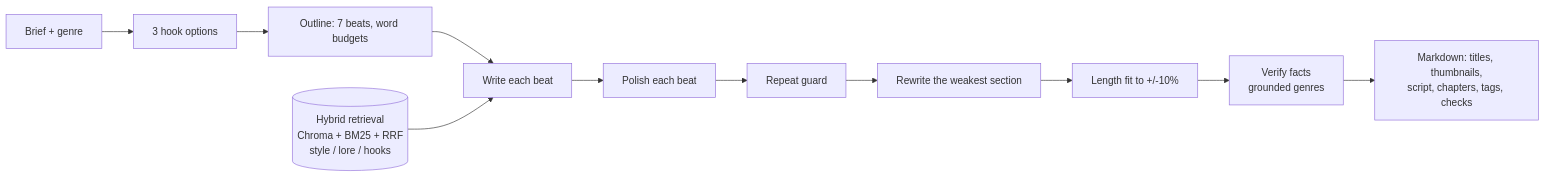
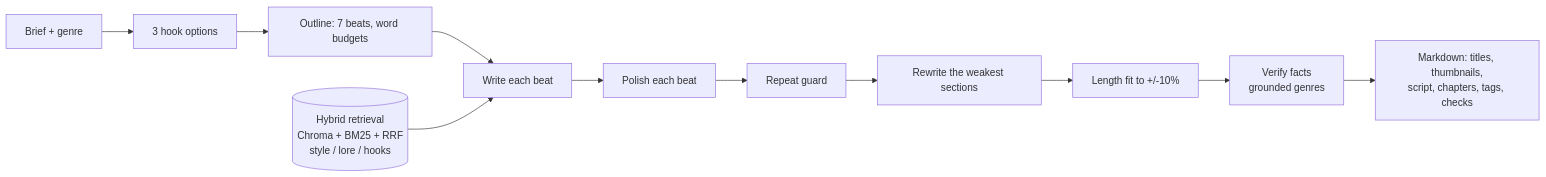
Before and after one commit to Nix-ml-journey/LocalRAG: the diagram in README.md, drawn with Mermaid. The commit also changed other lines of this file and 11 other files, not shown here.

````diff
--- a/README.md
+++ b/README.md
@@ -9,13 +9,13 @@
 ```mermaid
 flowchart LR
     B[Brief + genre] --> H[3 hook options]
     H --> O[Outline: 7 beats, word budgets]
     O --> W[Write each beat]
     R[(Hybrid retrieval<br/>Chroma + BM25 + RRF<br/>style / lore / hooks)] --> W
     W --> P[Polish each beat]
     P --> D[Repeat guard]
-    D --> RV[Rewrite the weakest section]
+    D --> RV[Rewrite the weakest sections]
     RV --> F[Length fit to +/-10%]
     F --> V[Verify facts<br/>grounded genres]
     V --> M[Markdown: titles, thumbnails,<br/>script, chapters, tags, checks]
 ```
````
